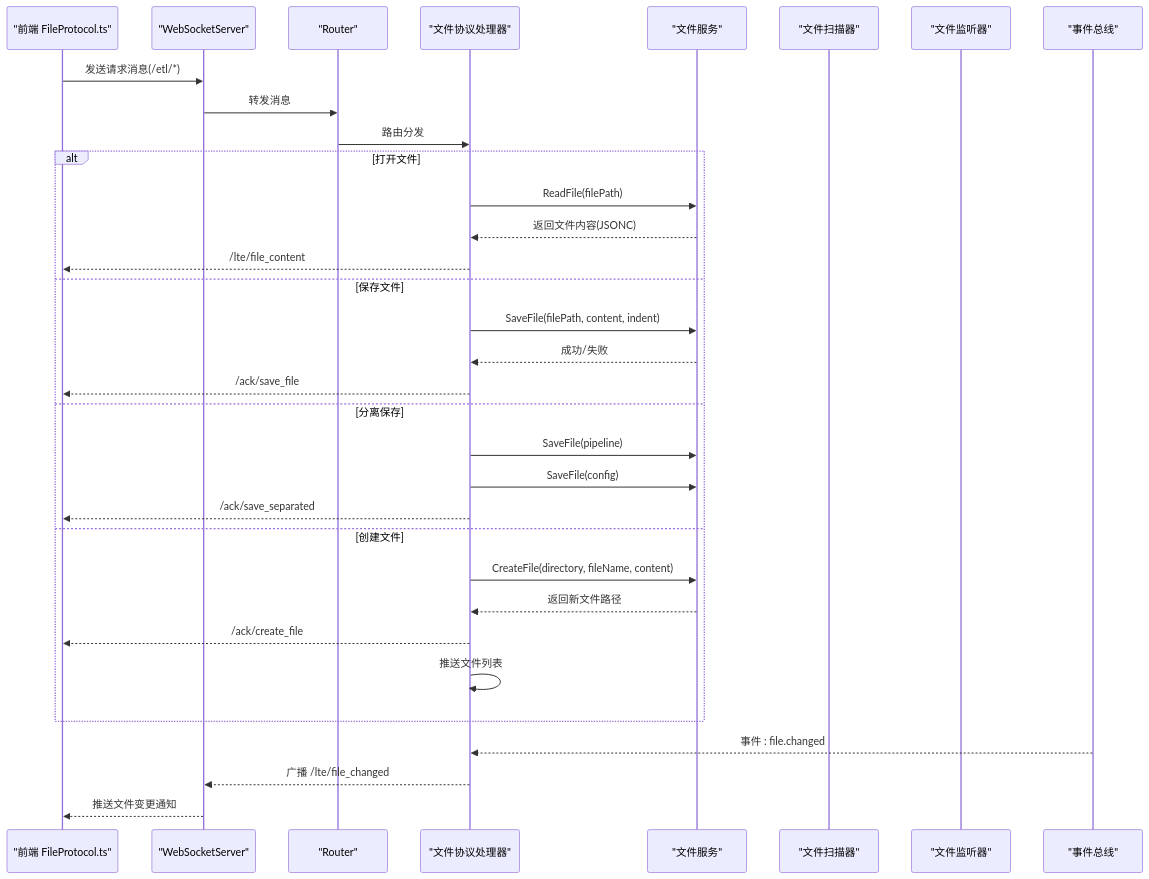
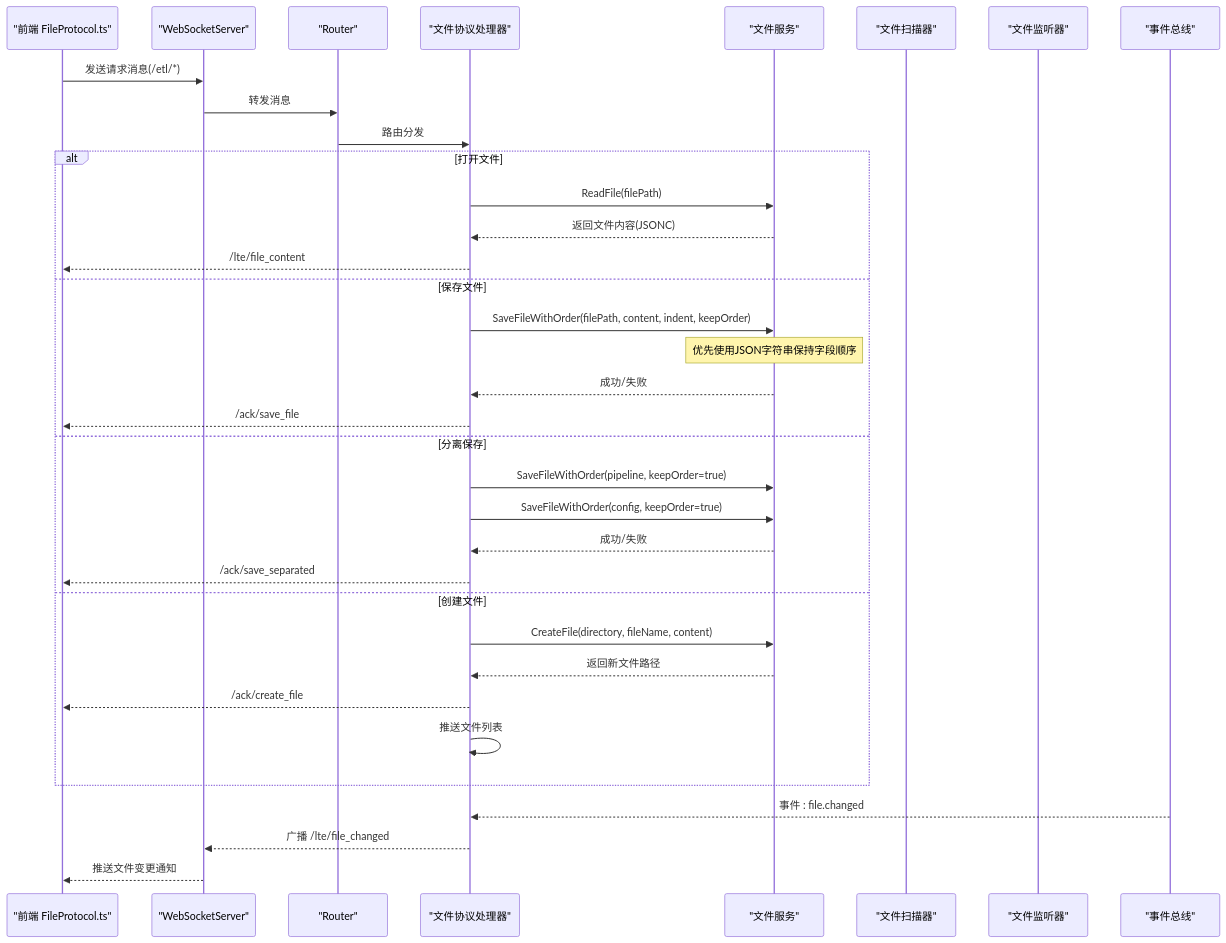
Before and after one commit to kqcoxn/MaaPipelineEditor: the second of 8 diagrams in .qoder/repowiki/zh/content/开发者指南/代码结构说明/后端架构设计/协议处理器系统/文件协议处理器.md, drawn with Mermaid. The commit also changed other lines of this file and 31 other files, not shown here.

````diff
--- a/.qoder/repowiki/zh/content/开发者指南/代码结构说明/后端架构设计/协议处理器系统/文件协议处理器.md
+++ b/.qoder/repowiki/zh/content/开发者指南/代码结构说明/后端架构设计/协议处理器系统/文件协议处理器.md
@@ -118,35 +136,37 @@
 ```mermaid
 sequenceDiagram
 participant FE as "前端 FileProtocol.ts"
 participant WS as "WebSocketServer"
 participant RT as "Router"
 participant FH as "文件协议处理器"
 participant FS as "文件服务"
 participant SC as "文件扫描器"
 participant WT as "文件监听器"
 participant EB as "事件总线"
 FE->>WS : 发送请求消息(/etl/*)
 WS->>RT : 转发消息
 RT->>FH : 路由分发
 alt 打开文件
 FH->>FS : ReadFile(filePath)
 FS-->>FH : 返回文件内容(JSONC)
 FH-->>FE : /lte/file_content
 else 保存文件
-FH->>FS : SaveFile(filePath, content, indent)
+FH->>FS : SaveFileWithOrder(filePath, content, indent, keepOrder)
+Note over FS : 优先使用JSON字符串保持字段顺序
 FS-->>FH : 成功/失败
 FH-->>FE : /ack/save_file
 else 分离保存
-FH->>FS : SaveFile(pipeline)
-FH->>FS : SaveFile(config)
+FH->>FS : SaveFileWithOrder(pipeline, keepOrder=true)
+FH->>FS : SaveFileWithOrder(config, keepOrder=true)
+FS-->>FH : 成功/失败
 FH-->>FE : /ack/save_separated
 else 创建文件
 FH->>FS : CreateFile(directory, fileName, content)
 FS-->>FH : 返回新文件路径
 FH-->>FE : /ack/create_file
 FH->>FH : 推送文件列表
 end
 EB-->>FH : 事件 : file.changed
 FH-->>WS : 广播 /lte/file_changed
 WS-->>FE : 推送文件变更通知
 ```
````
